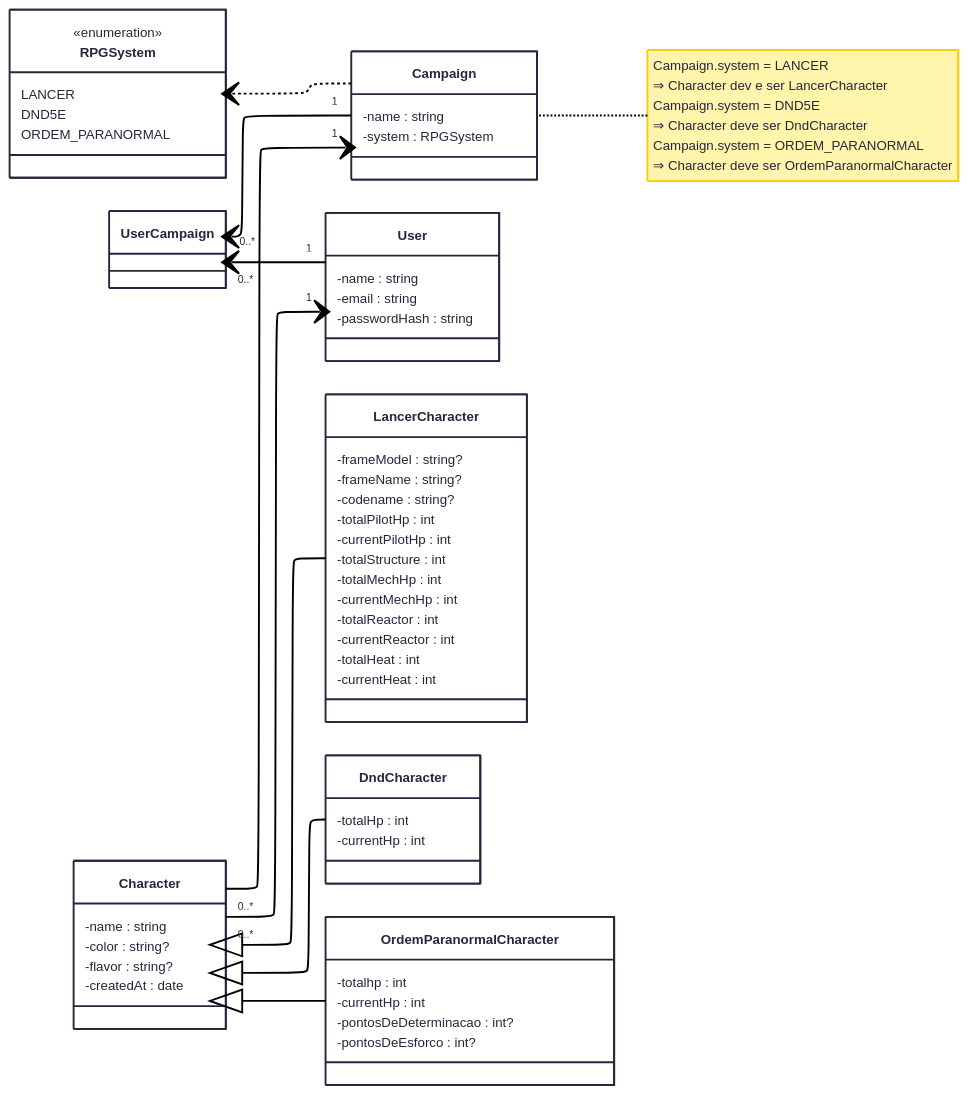
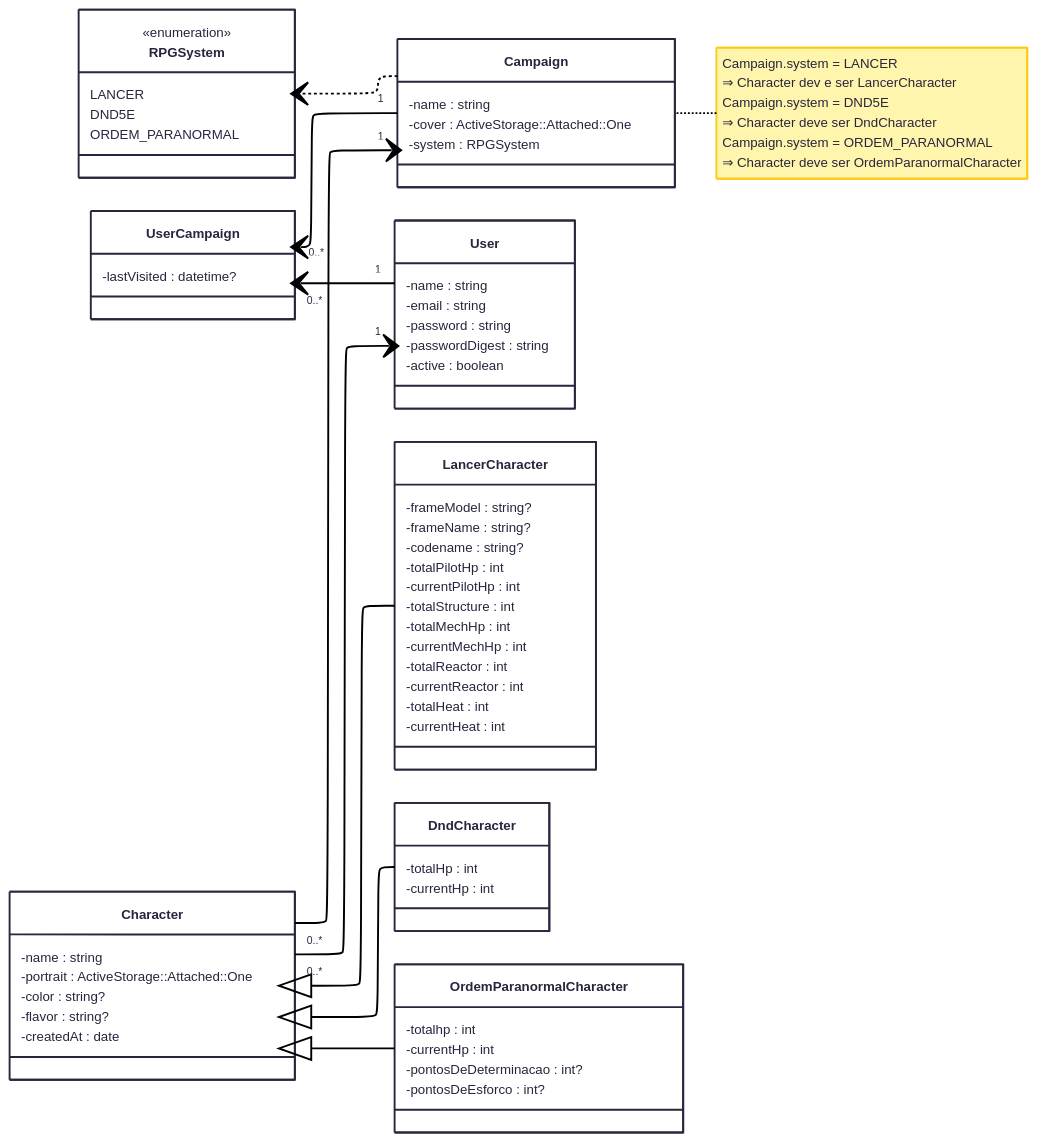
One commit to SasaDeAraki/icosaedro-magico-dashboard-api changed the diagram in UML.md. Above: the diagram before and after it, drawn with Mermaid.

Commit message:
docs: uml update

```diff
--- a/UML.md
+++ b/UML.md
@@ -15,6 +15,7 @@
 
     class Campaign {
 	    -name : string
+        -cover : ActiveStorage::Attached::One
 	    -system : RPGSystem
     }
 
@@ -32,14 +33,18 @@
     class User {
         -name : string
 	    -email : string
-	    -passwordHash : string
+	    -password : string
+        -passwordDigest : string
+        -active : boolean
     }
 
     class UserCampaign {
+        -lastVisited : datetime?
     }
 
     class Character {
 	    -name : string
+        -portrait : ActiveStorage::Attached::One
 	    -color : string?
 	    -flavor : string?
 	    -createdAt : date
```
